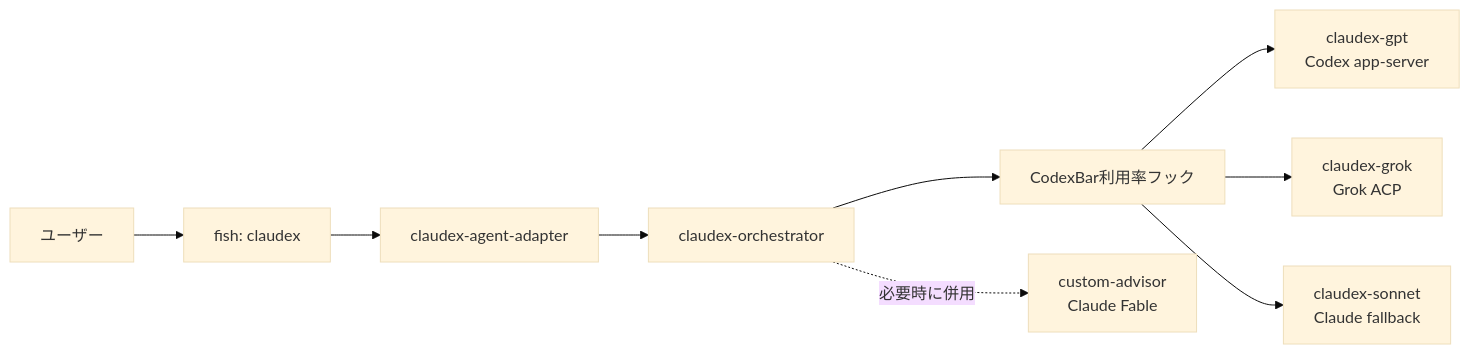
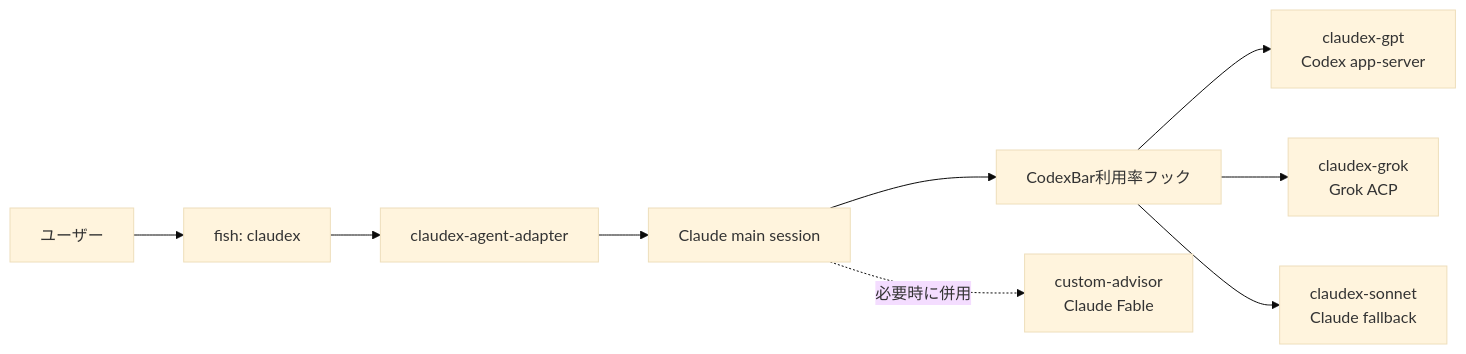
One commit to kkkaoru/dotfiles changed the diagram in .config/claudex/README.md. Above: the diagram before and after it, drawn with Mermaid (base theme). The commit also changed other lines of this file and 12 other files, not shown here.

Commit message:
fix(claudex): resume without replacing session identity

````diff
--- a/.config/claudex/README.md
+++ b/.config/claudex/README.md
@@ -15,11 +15,11 @@
 ```mermaid
 flowchart LR
     User[ユーザー] --> Fish[fish: claudex]
     Fish --> Adapter[claudex-agent-adapter]
-    Adapter --> Orchestrator[claudex-orchestrator]
+    Adapter --> Orchestrator[Claude main session]
     Orchestrator --> Hook[CodexBar利用率フック]
     Hook --> Codex[claudex-gpt\nCodex app-server]
     Hook --> Grok[claudex-grok\nGrok ACP]
     Hook --> Fallback[claudex-sonnet\nClaude fallback]
     Orchestrator -. 必要時に併用 .-> Advisor[custom-advisor\nClaude Fable]
 ```
````
